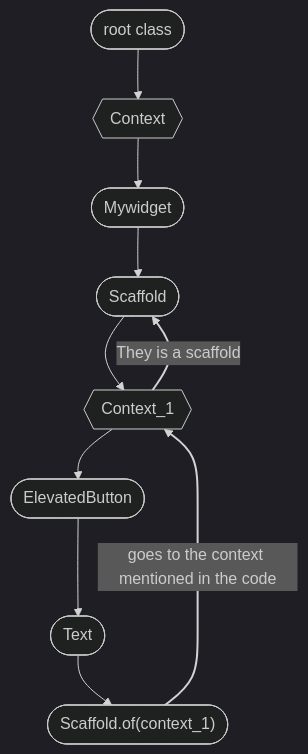
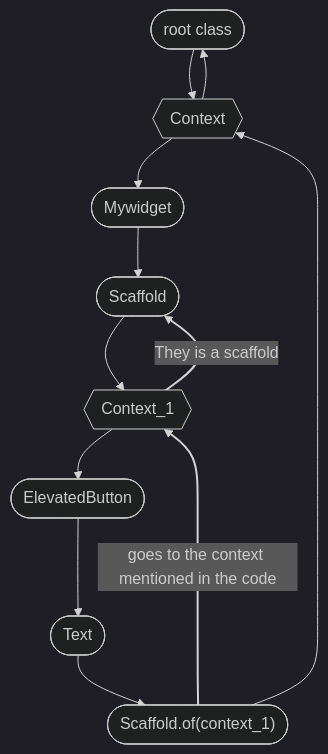
One commit to Dharanesh192/Learning-something changed the fifth of 5 diagrams in Flutter_terminologies.md. Above: the diagram before and after it, drawn with Mermaid (dark theme).

Commit message:
Fix formatting issues in Flutter terminologies

````diff
--- a/Flutter_terminologies.md
+++ b/Flutter_terminologies.md
@@ -367,25 +367,27 @@
 ```mermaid
 flowchart TB
 
 q([root class])
 w{{Context}}
 r([Mywidget])
 t([Scaffold])
 o{{Context_1}}
 y([ElevatedButton])
 u([Text])
 i(["Scaffold.of(context_1)"])
 
 q --> w
 w --> r
 r --> t
 t --> o
 o --> y
 y --> u
 u --> i
 i --> |goes to the context mentioned in the code| o
 o --> |They is a scaffold|t
+i --> w
+w --> q
 %% Styling
 linkStyle 7 stroke-width:2px
 linkStyle 8 stroke-width:2px
 ```
````
